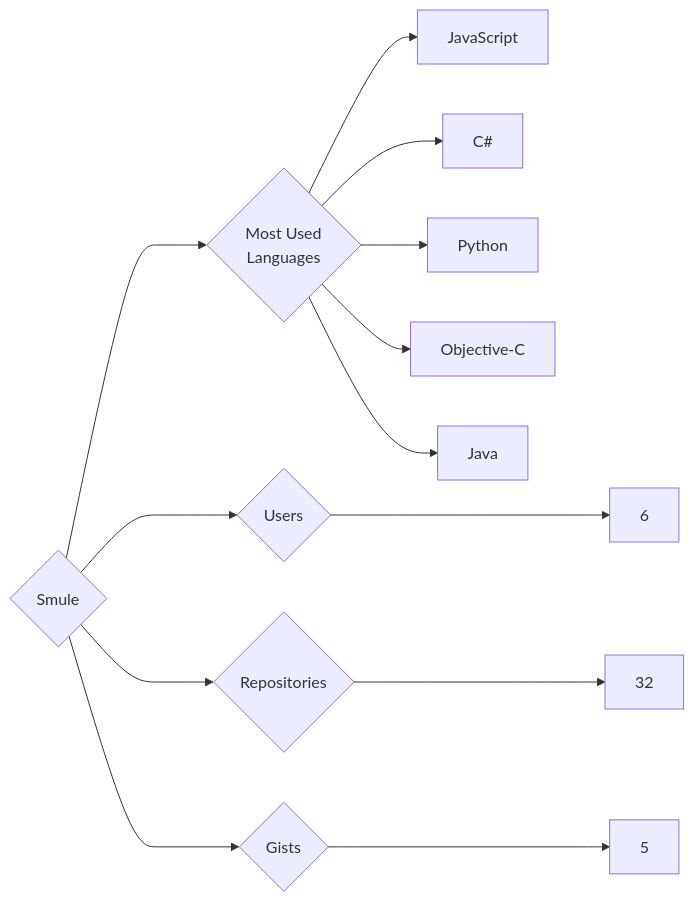
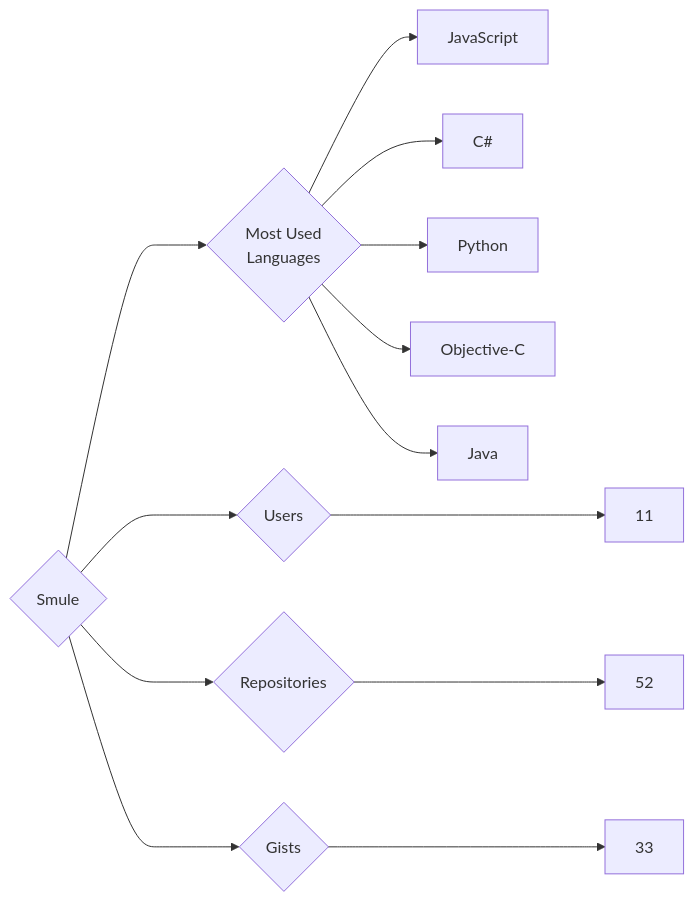
The diagram in targets/Smule/README.md (trickest/insiders), drawn with Mermaid before and after one commit. The commit also changed 806 other files, not shown here.

````diff
--- a/targets/Smule/README.md
+++ b/targets/Smule/README.md
@@ -3,13 +3,13 @@
 ```mermaid
 graph LR
 COMPANY_NAME{Smule}
-COMPANY_NAME ---> U{Users} ---> UN[6]
-COMPANY_NAME ---> R{Repositories} ---> RN[32]
-COMPANY_NAME ---> G{Gists} ---> GN[5]
+COMPANY_NAME ---> U{Users} ---> UN[11]
+COMPANY_NAME ---> R{Repositories} ---> RN[52]
+COMPANY_NAME ---> G{Gists} ---> GN[33]
 COMPANY_NAME ---> ML{Most Used<br>Languages}
 ML --> JavaScript[JavaScript]
 ML --> C#[C#]
 ML --> Python[Python]
 ML --> Objective-C[Objective-C]
 ML --> Java[Java]
 ```
````
